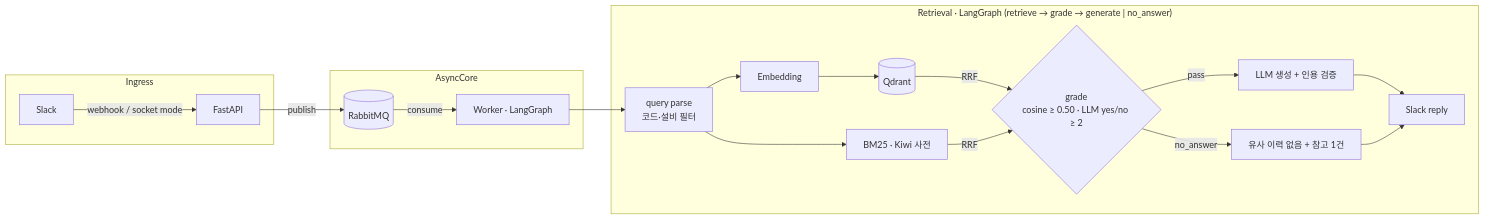
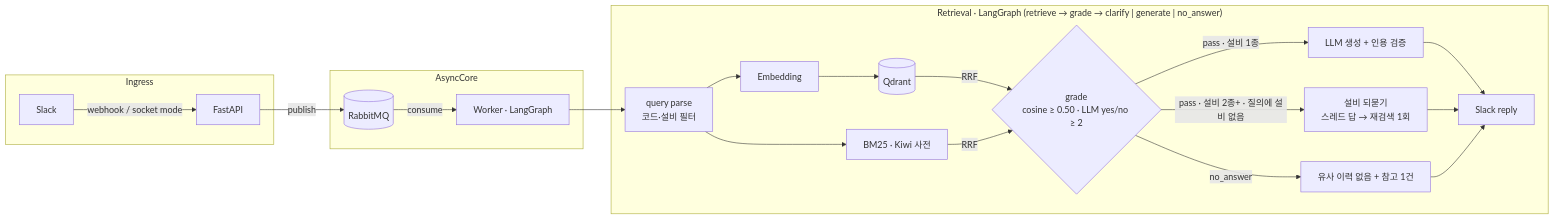
The diagram in README.md (Siz777/event-driven-rag-system), drawn with Mermaid before and after one commit. The commit also changed other lines of this file and 16 other files, not shown here.

First line of the commit message:
feat(graph): equipment clarification node (Step 9) — ask after grade, Slack thread round trip, eval

````diff
--- a/README.md
+++ b/README.md
@@ -13,17 +13,18 @@
 ```mermaid
 flowchart LR
   subgraph Ingress
     S[Slack] -->|webhook / socket mode| F[FastAPI]
   end
   subgraph AsyncCore
     F -->|publish| Q[(RabbitMQ)]
     Q -->|consume| W[Worker · LangGraph]
   end
-  subgraph Retrieval["Retrieval · LangGraph (retrieve → grade → generate | no_answer)"]
+  subgraph Retrieval["Retrieval · LangGraph (retrieve → grade → clarify | generate | no_answer)"]
     W --> P[query parse<br/>코드·설비 필터] --> E[Embedding] --> V[(Qdrant)]
     P --> B[BM25 · Kiwi 사전]
     V & B -->|RRF| G{grade<br/>cosine ≥ 0.50 · LLM yes/no ≥ 2}
-    G -->|pass| L[LLM 생성 + 인용 검증] --> R[Slack reply]
+    G -->|pass · 설비 1종| L[LLM 생성 + 인용 검증] --> R[Slack reply]
+    G -->|pass · 설비 2종+ · 질의에 설비 없음| C[설비 되묻기<br/>스레드 답 → 재검색 1회] --> R
     G -->|no_answer| N[유사 이력 없음 + 참고 1건] --> R
   end
 ```
````
